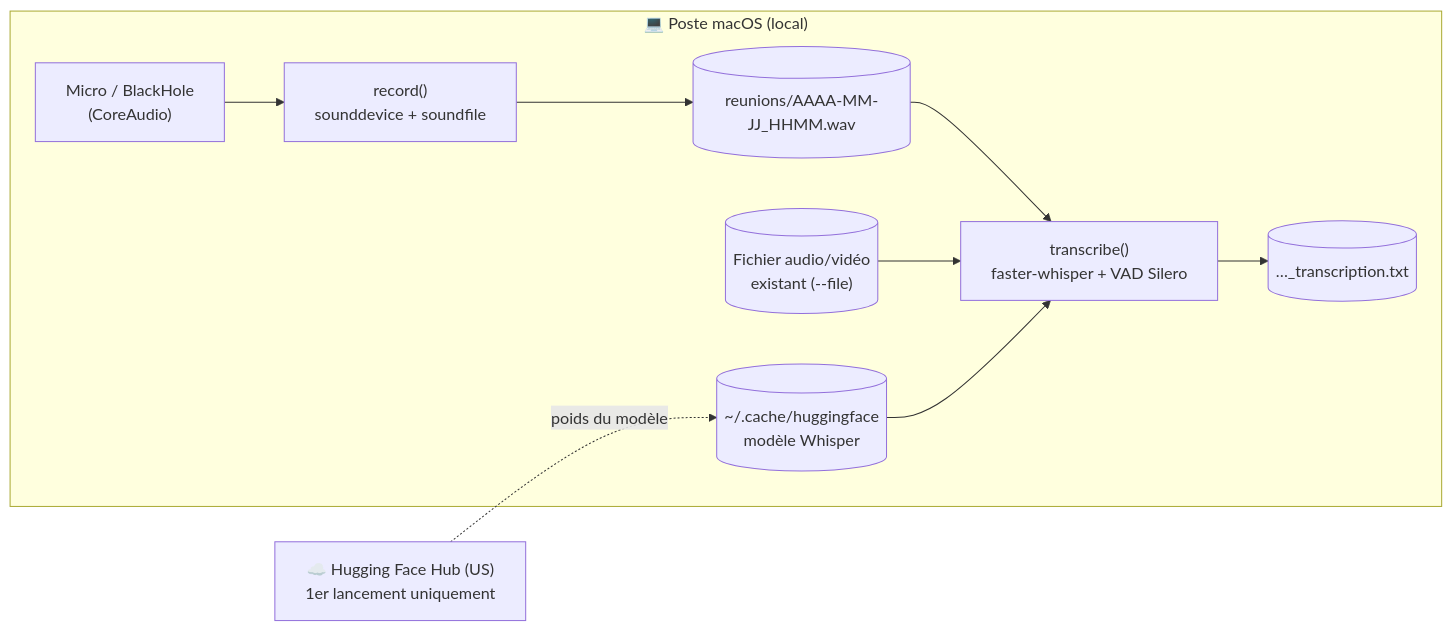
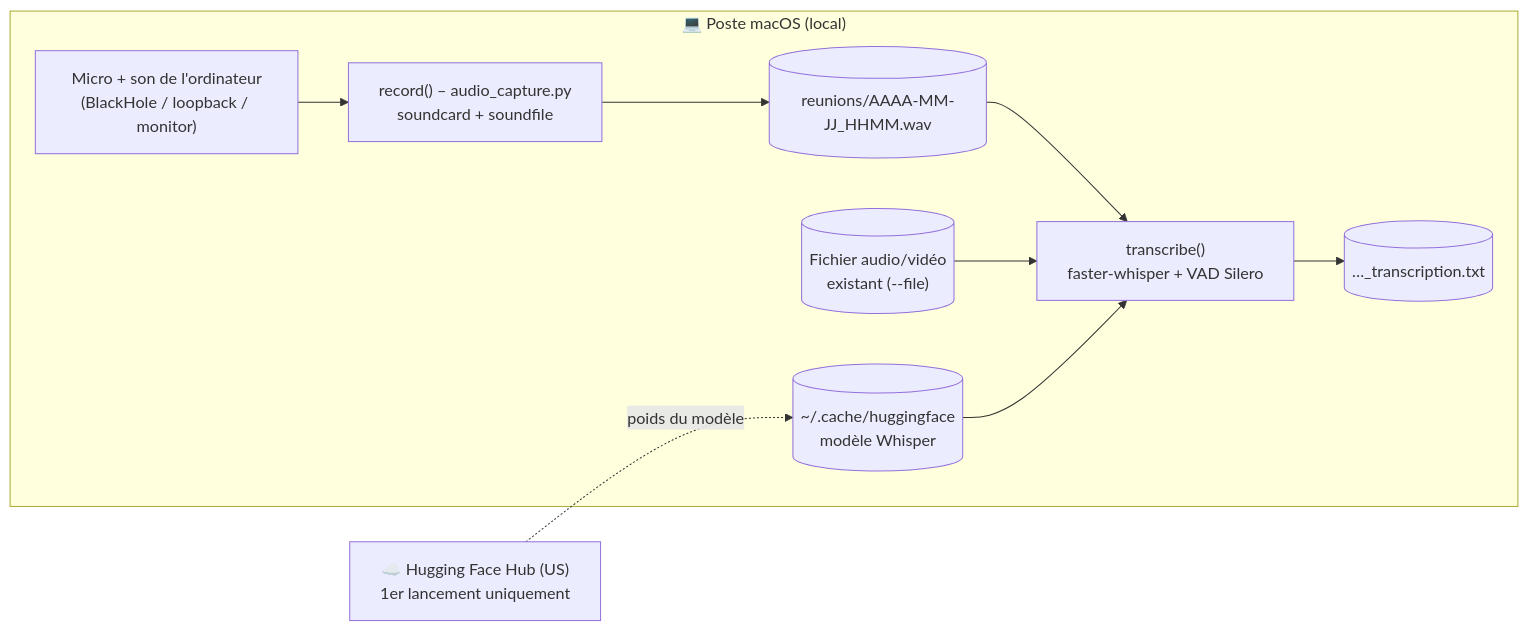
Before and after one commit to AubinCambier/local-meeting-transcriber: the diagram in docs/architecture-meeting-whisper.md, drawn with Mermaid. The commit also changed other lines of this file and 9 other files, not shown here.

````diff
--- a/docs/architecture-meeting-whisper.md
+++ b/docs/architecture-meeting-whisper.md
@@ -32,18 +32,18 @@
 ```mermaid
 flowchart LR
     subgraph Poste["💻 Poste macOS (local)"]
-        MIC["Micro / BlackHole<br/>(CoreAudio)"]
+        MIC["Micro + son de l'ordinateur<br/>(BlackHole / loopback / monitor)"]
         FILE[("Fichier audio/vidéo<br/>existant (--file)")]
-        REC["record()<br/>sounddevice + soundfile"]
+        REC["record() – audio_capture.py<br/>soundcard + soundfile"]
         WAV[("reunions/AAAA-MM-JJ_HHMM.wav")]
         STT["transcribe()<br/>faster-whisper + VAD Silero"]
         TXT[("…_transcription.txt")]
         CACHE[("~/.cache/huggingface<br/>modèle Whisper")]
     end
     HF["☁️ Hugging Face Hub (US)<br/>1er lancement uniquement"]
 
     MIC --> REC --> WAV --> STT
     FILE --> STT
     STT --> TXT
     HF -. "poids du modèle" .-> CACHE --> STT
 ```
````
